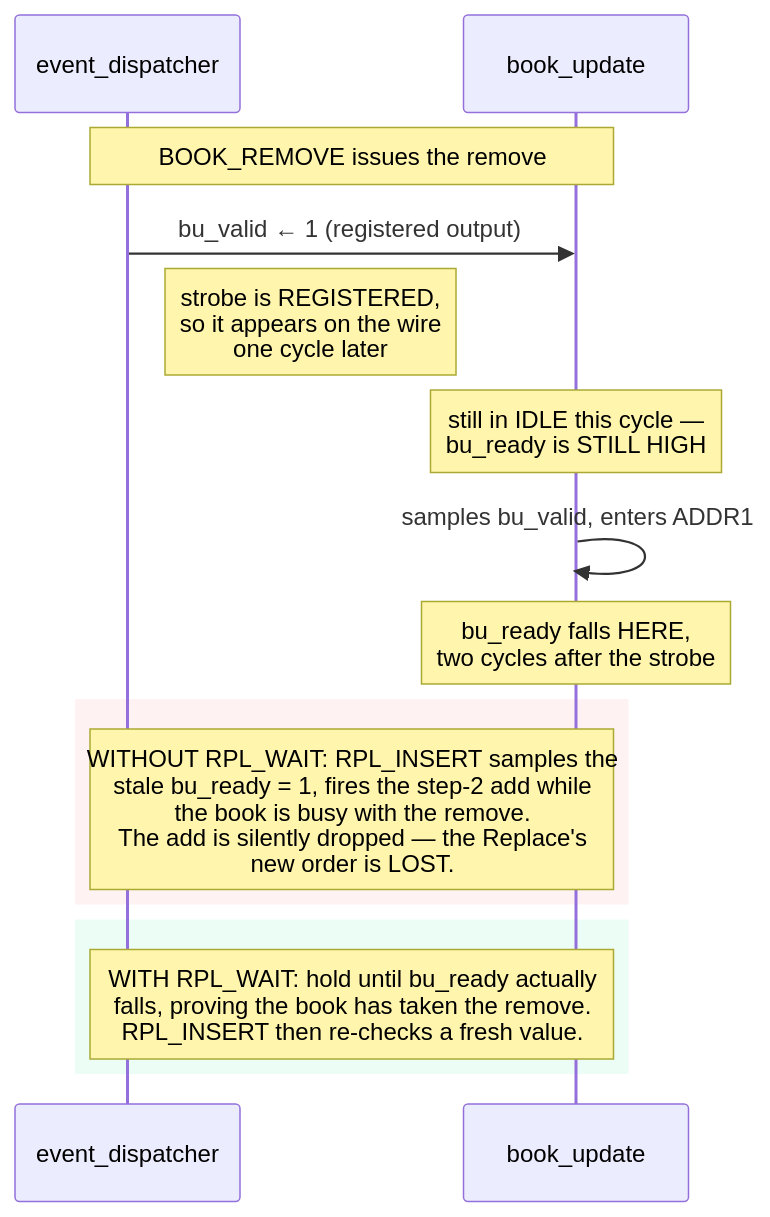
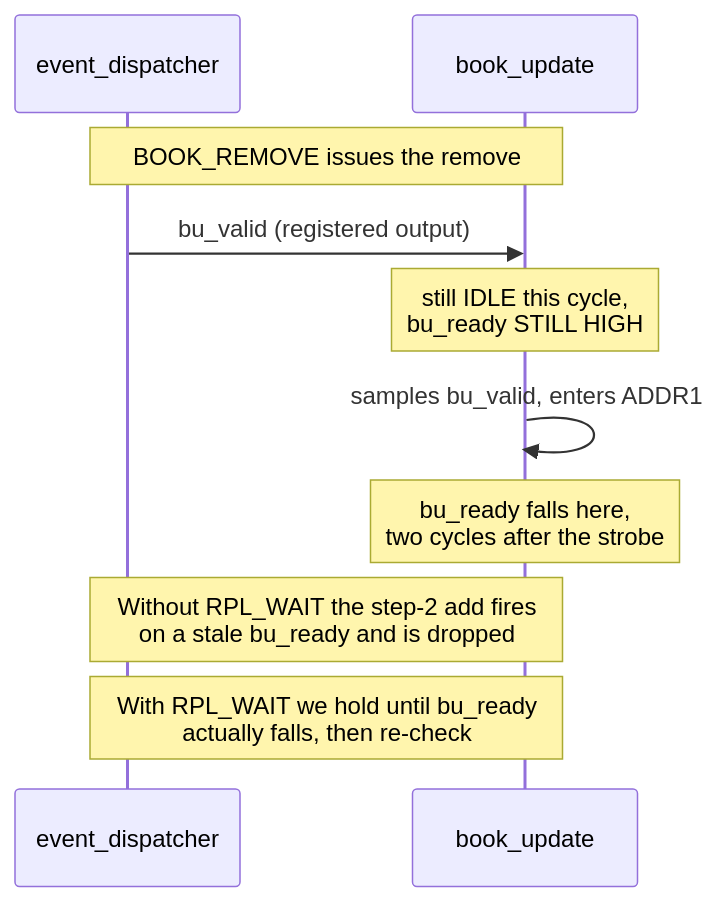
The third of 4 diagrams in docs/diagrams/event_dispatcher.md (Rushmello369/fpga-feed-handler), drawn with Mermaid before and after one commit. The commit also changed other lines of this file and 12 other files, not shown here.

Commit message:
add diagrams for system and module architectures

````diff
--- a/docs/diagrams/event_dispatcher.md
+++ b/docs/diagrams/event_dispatcher.md
@@ -98,20 +77,14 @@
 ```mermaid
 sequenceDiagram
     participant D as event_dispatcher
     participant B as book_update
 
     Note over D,B: BOOK_REMOVE issues the remove
-    D->>B: bu_valid ← 1 (registered output)
-    Note right of D: strobe is REGISTERED,<br/>so it appears on the wire<br/>one cycle later
-    Note over B: still in IDLE this cycle —<br/>bu_ready is STILL HIGH
+    D->>B: bu_valid (registered output)
+    Note over B: still IDLE this cycle,<br/>bu_ready STILL HIGH
     B->>B: samples bu_valid, enters ADDR1
-    Note over B: bu_ready falls HERE,<br/>two cycles after the strobe
+    Note over B: bu_ready falls here,<br/>two cycles after the strobe
 
-    rect rgb(254, 242, 242)
-    Note over D,B: WITHOUT RPL_WAIT: RPL_INSERT samples the<br/>stale bu_ready = 1, fires the step-2 add while<br/>the book is busy with the remove.<br/>The add is silently dropped — the Replace's<br/>new order is LOST.
-    end
-
-    rect rgb(236, 253, 245)
-    Note over D,B: WITH RPL_WAIT: hold until bu_ready actually<br/>falls, proving the book has taken the remove.<br/>RPL_INSERT then re-checks a fresh value.
-    end
+    Note over D,B: Without RPL_WAIT the step-2 add fires<br/>on a stale bu_ready and is dropped
+    Note over D,B: With RPL_WAIT we hold until bu_ready<br/>actually falls, then re-check
 ```
````
